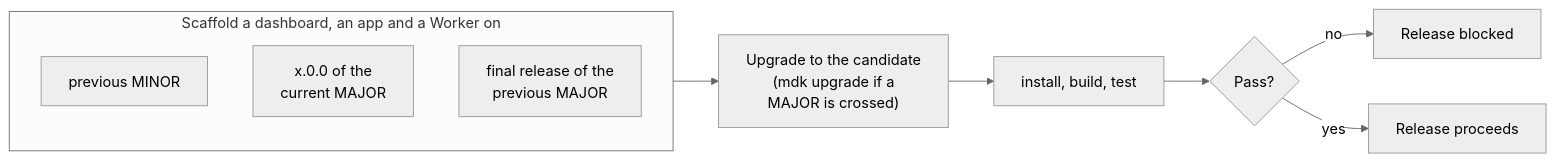
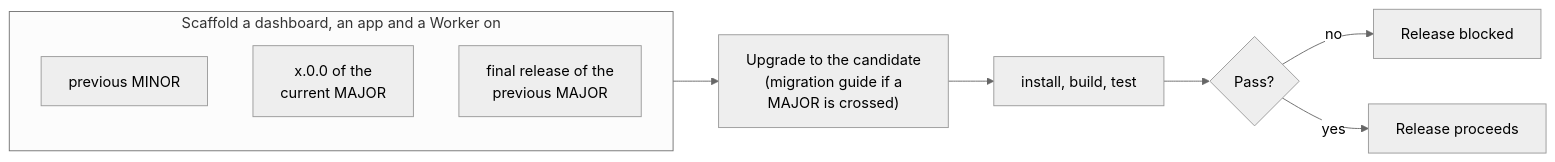
One commit to ankit-tether/mdk-be changed the seventh of 7 diagrams in docs/release-and-deprecation-policy.md. Above: the diagram before and after it, drawn with Mermaid (neutral theme). The commit also changed other lines of this file, not shown here.

First line of the commit message:
Update MDK Release and Deprecation Policy to version 0.3.0

````diff
--- a/docs/release-and-deprecation-policy.md
+++ b/docs/release-and-deprecation-policy.md
@@ -425,11 +430,11 @@
 ```mermaid
 flowchart LR
   subgraph From["Scaffold a dashboard, an app and a Worker on"]
     P["previous MINOR"]
     F["x.0.0 of the<br/>current MAJOR"]
     L["final release of the<br/>previous MAJOR"]
   end
-  From --> U["Upgrade to the candidate<br/>(mdk upgrade if a<br/>MAJOR is crossed)"] --> B["install, build, test"] --> G{"Pass?"}
+  From --> U["Upgrade to the candidate<br/>(migration guide if a<br/>MAJOR is crossed)"] --> B["install, build, test"] --> G{"Pass?"}
   G -->|"no"| X["Release blocked"]
   G -->|"yes"| OK["Release proceeds"]
 ```
````
